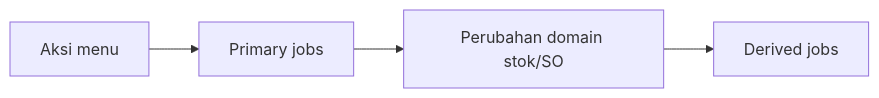
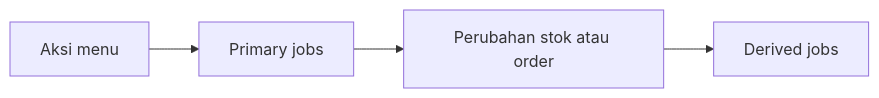
The first of 3 diagrams in qa-docs/horizon-jobs/requirement.md (yendyr/olshoperp-docs), drawn with Mermaid before and after one commit. The commit also changed other lines of this file and 8 other files, not shown here.

````diff
--- a/qa-docs/horizon-jobs/requirement.md
+++ b/qa-docs/horizon-jobs/requirement.md
@@ -35,6 +50,6 @@
 ```mermaid
 flowchart LR
   Menu[Aksi menu] --> Primary[Primary jobs]
-  Primary --> Domain[Perubahan domain stok/SO]
+  Primary --> Domain[Perubahan stok atau order]
   Domain --> Derived[Derived jobs]
 ```
````
